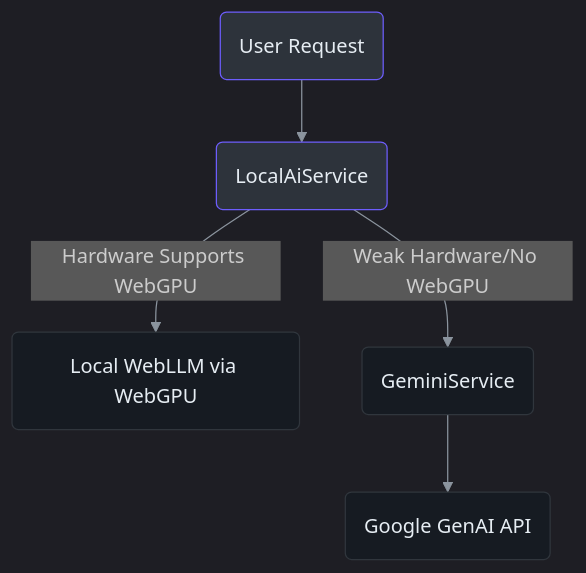
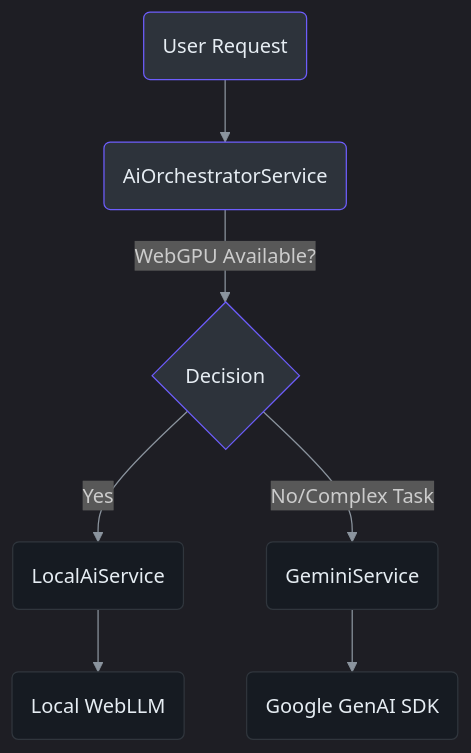
Before and after one commit to bbanho/intraclinica-supabase: the first of 2 diagrams in wiki-site/docs/core-architecture/ai-integrations.md, drawn with Mermaid. The commit also changed other lines of this file and 13 other files, not shown here.

First line of the commit message:
docs(wiki): sync all docs to post-IAM architecture state

````diff
--- a/wiki-site/docs/core-architecture/ai-integrations.md
+++ b/wiki-site/docs/core-architecture/ai-integrations.md
@@ -20,14 +17,18 @@
 ```mermaid
 %%{init: {'theme': 'dark', 'themeVariables': { 'primaryColor': '#2d333b', 'primaryBorderColor': '#6d5dfc', 'primaryTextColor': '#e6edf3', 'lineColor': '#8b949e', 'background': '#161b22' }}}%%
 graph TD
-    User(User Request) --> LocalAiService(LocalAiService)
-    LocalAiService -- Hardware Supports WebGPU --> Browser(Local WebLLM via WebGPU)
-    LocalAiService -- Weak Hardware/No WebGPU --> GeminiService(GeminiService)
-    GeminiService --> Cloud(Google GenAI API)
+    User(User Request) --> Orchestrator(AiOrchestratorService)
+    Orchestrator -- WebGPU Available? --> Decision{Decision}
+    Decision -- Yes --> Local(LocalAiService)
+    Decision -- No/Complex Task --> Cloud(GeminiService)
+    Local --> Browser(Local WebLLM)
+    Cloud --> Google(Google GenAI SDK)
     
     style User fill:#2d333b,stroke:#6d5dfc,color:#e6edf3
-    style LocalAiService fill:#2d333b,stroke:#6d5dfc,color:#e6edf3
+    style Orchestrator fill:#2d333b,stroke:#6d5dfc,color:#e6edf3
+    style Decision fill:#2d333b,stroke:#6d5dfc,color:#e6edf3
+    style Local fill:#161b22,stroke:#30363d,color:#e6edf3
+    style Cloud fill:#161b22,stroke:#30363d,color:#e6edf3
     style Browser fill:#161b22,stroke:#30363d,color:#e6edf3
-    style GeminiService fill:#161b22,stroke:#30363d,color:#e6edf3
-    style Cloud fill:#161b22,stroke:#30363d,color:#e6edf3
+    style Google fill:#161b22,stroke:#30363d,color:#e6edf3
 ```
````
